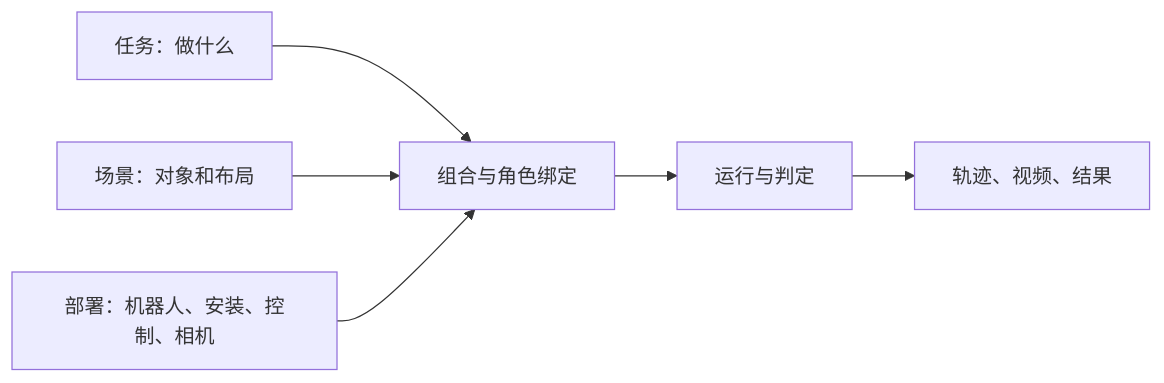
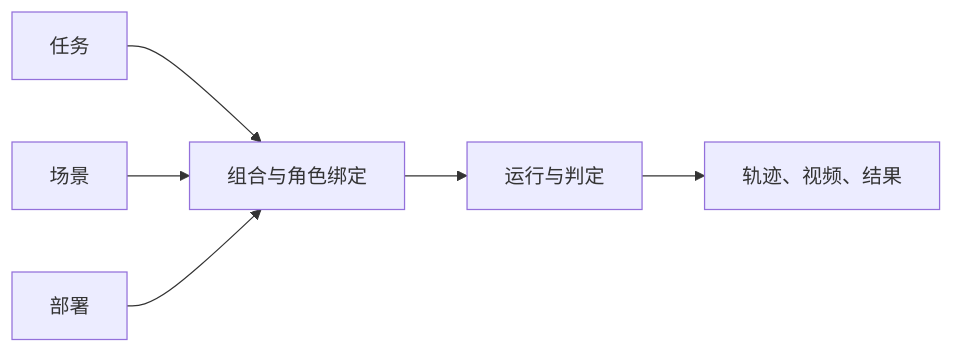
One commit to BotRunner64/LOOM-env changed the diagram in README.md. Above: the diagram before and after it, drawn with Mermaid. The commit also changed other lines of this file and 14 other files, not shown here.

````diff
--- a/README.md
+++ b/README.md
@@ -9,8 +7,8 @@
 ```mermaid
 flowchart LR
-    T[任务：做什么] --> C[组合与角色绑定]
-    S[场景：对象和布局] --> C
-    D[部署：机器人、安装、控制、相机] --> C
+    T[任务] --> C[组合与角色绑定]
+    S[场景] --> C
+    D[部署] --> C
     C --> R[运行与判定]
     R --> O[轨迹、视频、结果]
 ```
````
